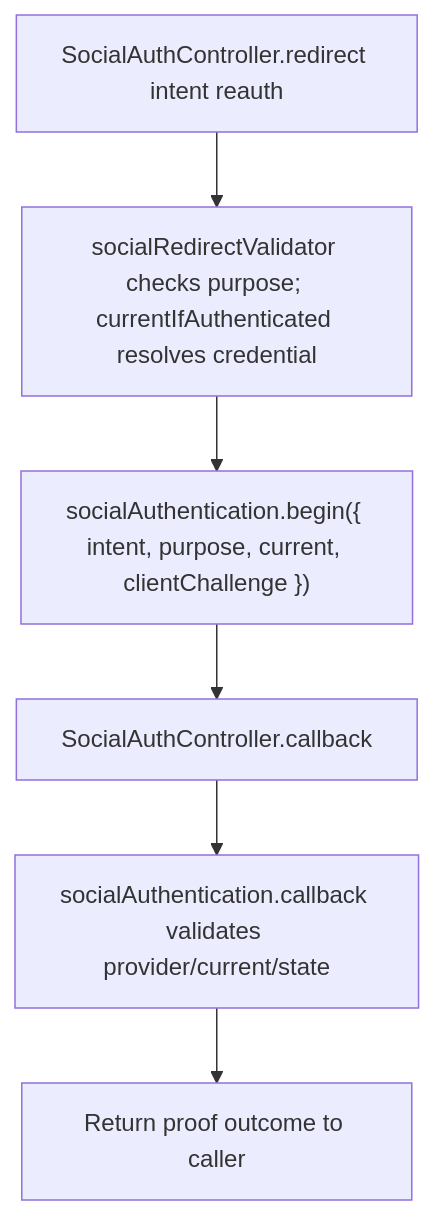
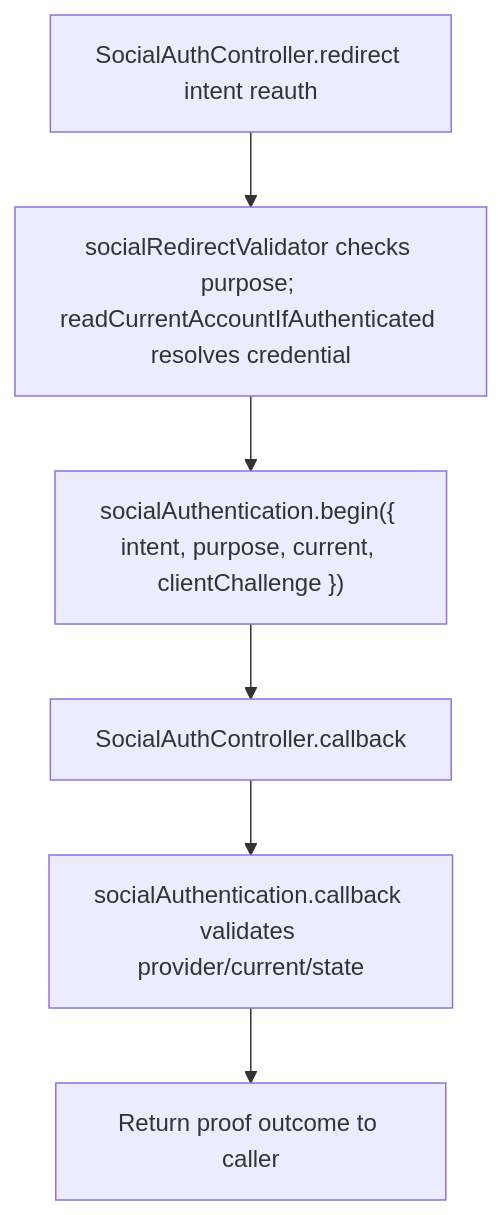
Before and after one commit to Kevinjohn/oss-adonisjs-starter-examples: the second of 2 diagrams in user-stories/api/us-api-08-social-sensitive-proof.md, drawn with Mermaid. The commit also changed other lines of this file and 27 other files, not shown here.

````diff
--- a/user-stories/api/us-api-08-social-sensitive-proof.md
+++ b/user-stories/api/us-api-08-social-sensitive-proof.md
@@ -32,8 +32,8 @@
 ```mermaid
 flowchart TD
-    A["SocialAuthController.redirect intent reauth"] --> B["socialRedirectValidator checks purpose; currentIfAuthenticated resolves credential"]
+    A["SocialAuthController.redirect intent reauth"] --> B["socialRedirectValidator checks purpose; readCurrentAccountIfAuthenticated resolves credential"]
     B --> C["socialAuthentication.begin({ intent, purpose, current, clientChallenge })"]
     C --> D["SocialAuthController.callback"]
     D --> E["socialAuthentication.callback validates provider/current/state"]
     E --> F["Return proof outcome to caller"]
 ```
````
